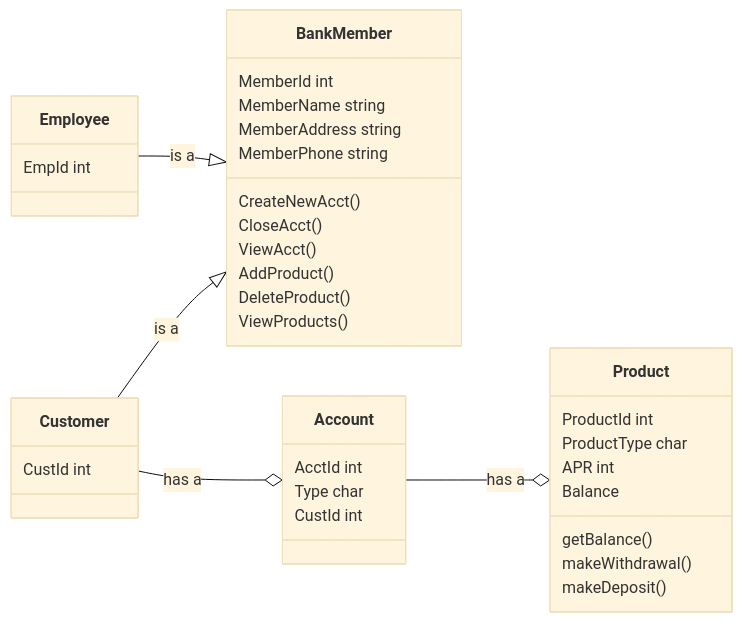
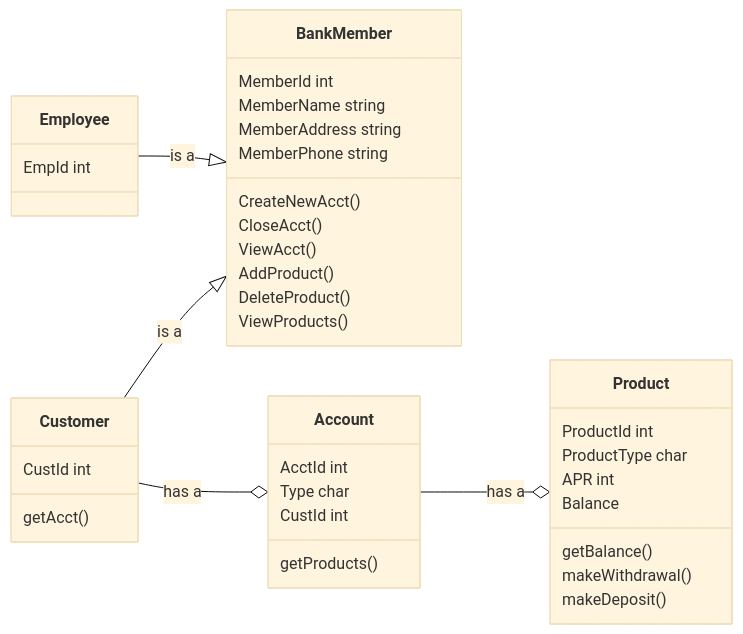
One commit to Marcus-Snell/Test changed the diagram in mermaid.md. Above: the diagram before and after it, drawn with Mermaid (base theme).

````diff
--- a/mermaid.md
+++ b/mermaid.md
@@ -1,36 +1,38 @@
 ```mermaid
 classDiagram
 direction LR
 BankMember
 BankMember : MemberId int
 BankMember : MemberName string
 BankMember : MemberAddress string
 BankMember : MemberPhone string
 BankMember : CreateNewAcct()
 BankMember: CloseAcct()
 BankMember : ViewAcct()
 BankMember : AddProduct()
 BankMember : DeleteProduct()
 BankMember : ViewProducts()
 
 Employee --|> BankMember : is a
 Employee : EmpId int
 
 Customer --|> BankMember : is a
 Customer --o Account : has a
 Customer : CustId int
+Customer : getAcct()
 
 Account --o Product : has a
 Account : AcctId int
 Account : Type char
 Account : CustId int
+Account : getProducts()
 
 Product : ProductId int
 Product : ProductType char
 Product : APR int
 Product : Balance
 Product : getBalance()
 Product : makeWithdrawal()
 Product : makeDeposit()
 
 ```
````
